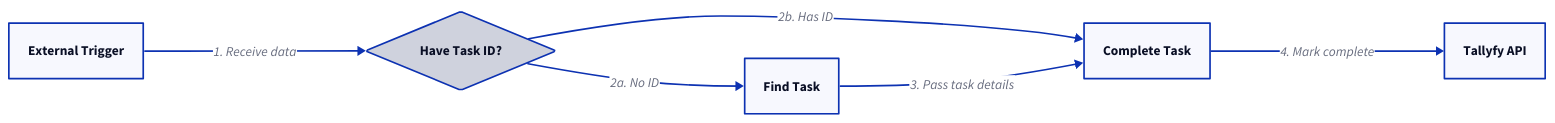
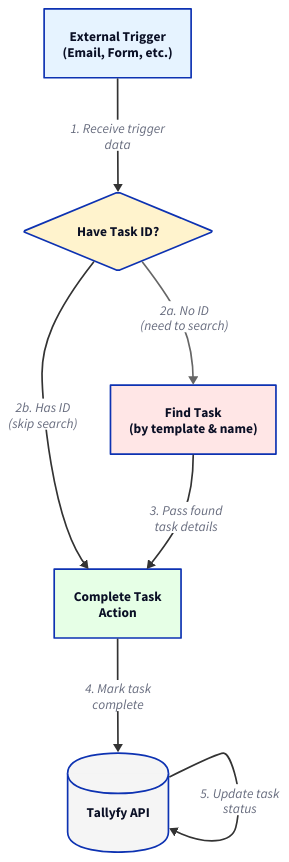
One commit to tallyfy/documentation changed the diagram in src/content/docs/pro/integrations/middleware/zapier/how-to-automate-tasks-in-tallyfy-using-zaps.mdx. Above: the diagram before and after it, drawn with D2. The commit also changed 17 other files, not shown here.

````diff
--- a/src/content/docs/pro/integrations/middleware/zapier/how-to-automate-tasks-in-tallyfy-using-zaps.mdx
+++ b/src/content/docs/pro/integrations/middleware/zapier/how-to-automate-tasks-in-tallyfy-using-zaps.mdx
@@ -24,16 +24,54 @@
 ```d2
-direction: right
+direction: down
 
-Trigger: External Trigger
-Check: Have Task ID? {shape: diamond}
-Find: Find Task
-Complete: Complete Task
-API: Tallyfy API
+Trigger: "External Trigger\n(Email, Form, etc.)" {
+  shape: rectangle
+  style.fill: "#e6f3ff"
+}
 
-Trigger -> Check: 1. Receive data
-Check -> Find: 2a. No ID
-Check -> Complete: 2b. Has ID
-Find -> Complete: 3. Pass task details
-Complete -> API: 4. Mark complete
+Check: "Have Task ID?" {
+  shape: diamond
+  style.fill: "#fff3cd"
+}
 
+Find: "Find Task\n(by template & name)" {
+  shape: rectangle
+  style.fill: "#ffe6e6"
+}
+
+Complete: "Complete Task\nAction" {
+  shape: rectangle
+  style.fill: "#e6ffe6"
+}
+
+API: "Tallyfy API" {
+  shape: cylinder
+  style.fill: "#f5f5f5"
+}
+
+Trigger -> Check: "1. Receive trigger\ndata" {
+  style.stroke: "#333"
+}
+
+Check -> Find: "2a. No ID\n(need to search)" {
+  style.stroke: "#666"
+}
+
+Check -> Complete: "2b. Has ID\n(skip search)" {
+  style.stroke: "#333"
+  style.stroke-width: 2
+}
+
+Find -> Complete: "3. Pass found\ntask details" {
+  style.stroke: "#333"
+}
+
+Complete -> API: "4. Mark task\ncomplete" {
+  style.stroke: "#333"
+  style.stroke-width: 2
+}
+
+API -> API: "5. Update task\nstatus" {
+  style.stroke: "#333"
+}
 ```
````
